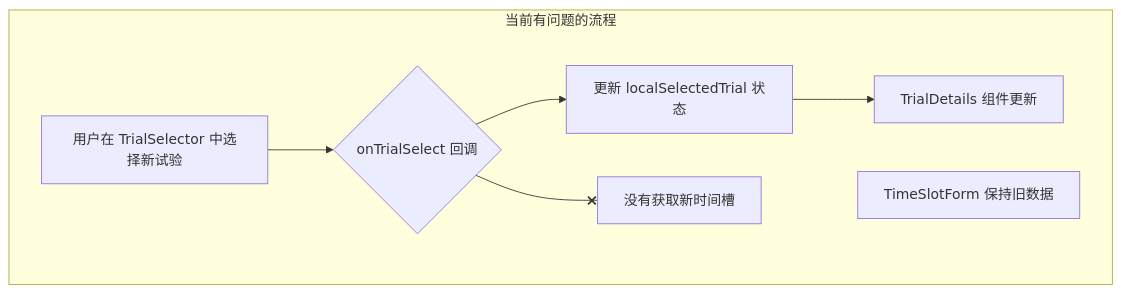
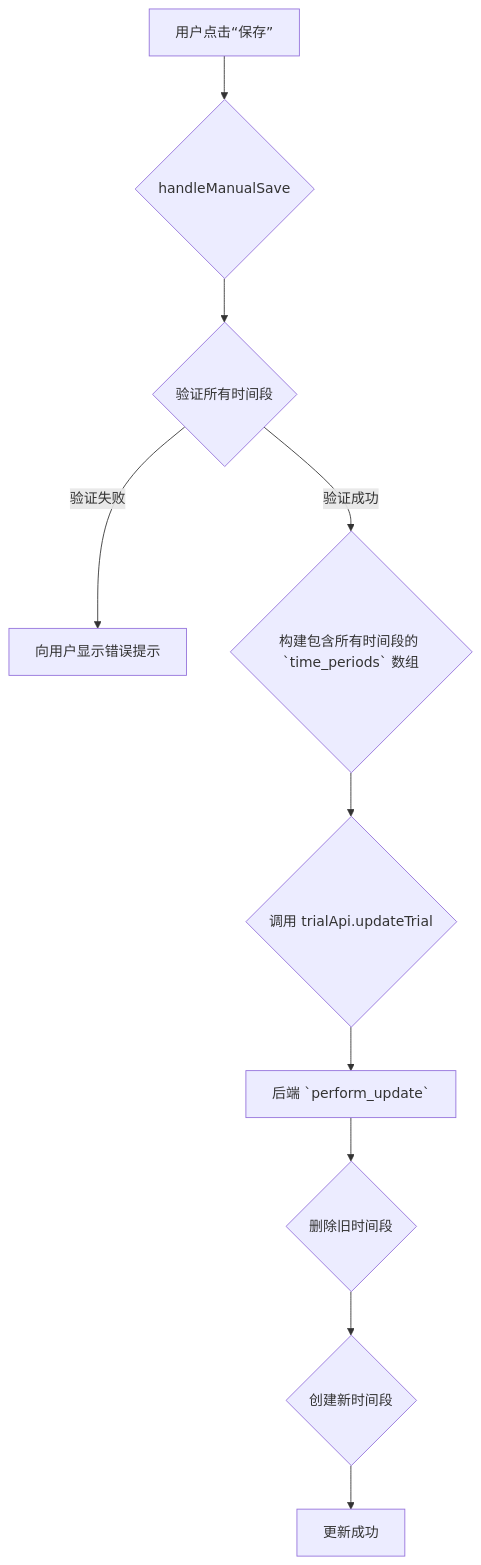
The diagram in omni_desk_frontend/docs/bugfix-plan-timeslot-update.md (oneMuggle/OmniDesk), drawn with Mermaid before and after one commit. The commit also changed other lines of this file and 15 other files, not shown here.

````diff
--- a/omni_desk_frontend/docs/bugfix-plan-timeslot-update.md
+++ b/omni_desk_frontend/docs/bugfix-plan-timeslot-update.md
@@ -32,10 +39,12 @@
 ```mermaid
 graph TD
-    subgraph "当前有问题的流程"
-        A[用户在 TrialSelector 中选择新试验] --> B{onTrialSelect 回调};
-        B --> C[更新 localSelectedTrial 状态];
-        C --> D[TrialDetails 组件更新];
-        B --x E[没有获取新时间槽];
-        F[TimeSlotForm 保持旧数据];
-    end
+    A[用户点击“保存”] --> B{handleManualSave};
+    B --> C{验证所有时间段};
+    C -- 验证失败 --> D[向用户显示错误提示];
+    C -- 验证成功 --> E{构建包含所有时间段的 `time_periods` 数组};
+    E --> F{调用 trialApi.updateTrial};
+    F --> G[后端 `perform_update`];
+    G --> H{删除旧时间段};
+    H --> I{创建新时间段};
+    I --> J[更新成功];
 ```
````
